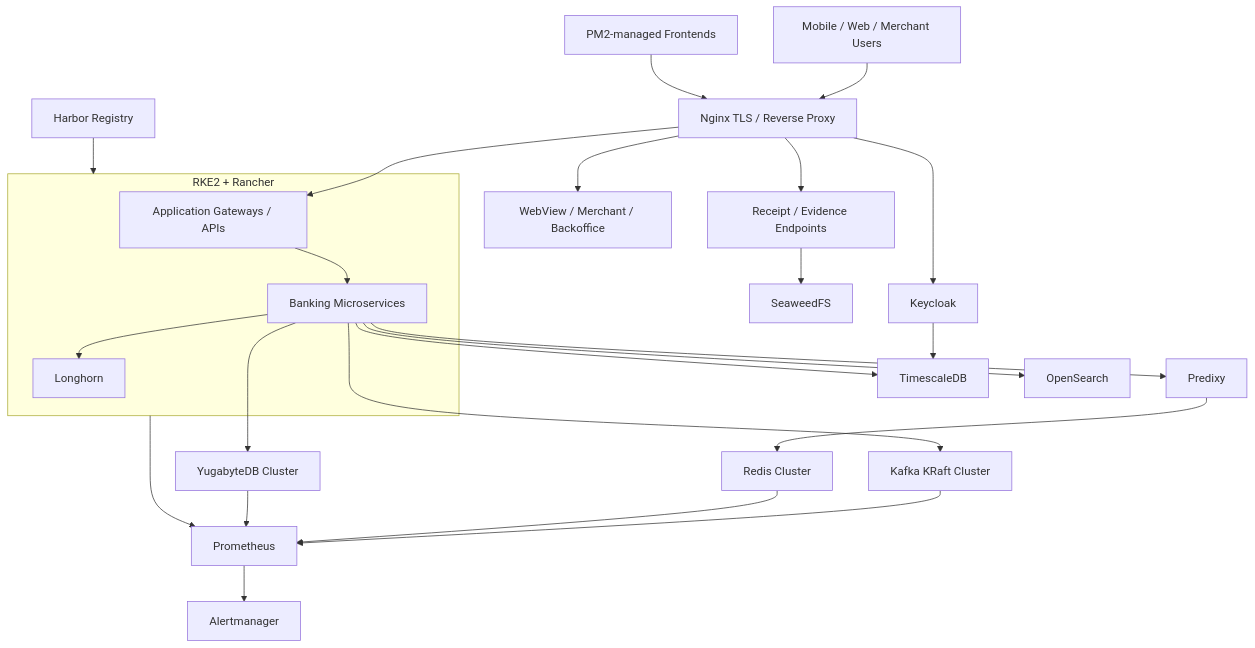
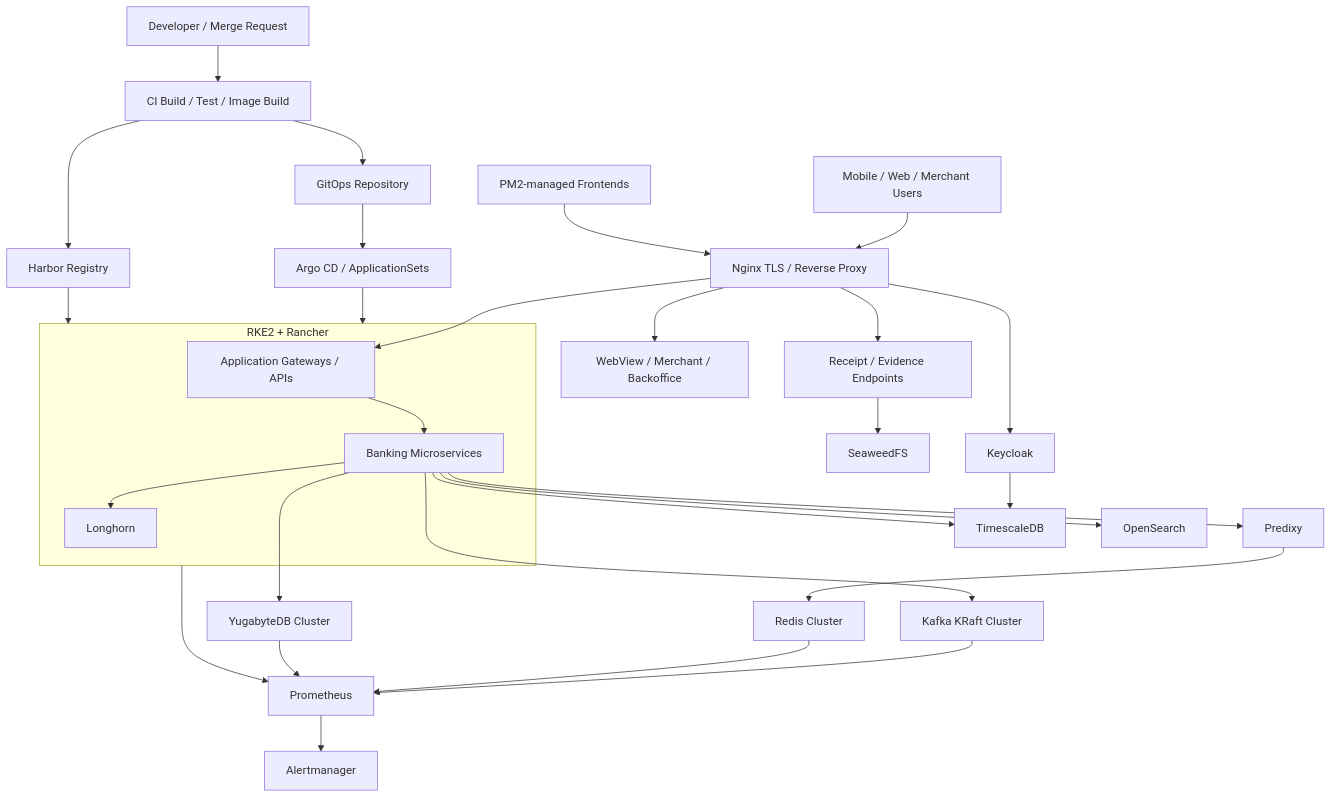
The diagram in README.md (natnaela-devops/banking-digital-platform-infrastructure), drawn with Mermaid before and after one commit. The commit also changed other lines of this file, not shown here.

Commit message:
docs: surface CI/CD and GitOps delivery architecture

````diff
--- a/README.md
+++ b/README.md
@@ -23,35 +24,41 @@
 ```mermaid
 flowchart TB
+    Dev[Developer / Merge Request] --> CI[CI Build / Test / Image Build]
+    CI --> Harbor[Harbor Registry]
+    CI --> GitOps[GitOps Repository]
+    GitOps --> Argo[Argo CD / ApplicationSets]
+    Argo --> K8s[RKE2 + Rancher]
+    Harbor --> K8s
+
     Users[Mobile / Web / Merchant Users] --> Edge[Nginx TLS / Reverse Proxy]
 
     Edge --> Gateway[Application Gateways / APIs]
     Edge --> Web[WebView / Merchant / Backoffice]
     Edge --> IAM[Keycloak]
     Edge --> Receipt[Receipt / Evidence Endpoints]
 
     subgraph K8s[RKE2 + Rancher]
       Gateway
       Apps[Banking Microservices]
       LH[Longhorn]
       Apps --> LH
     end
 
     Gateway --> Apps
-    Harbor[Harbor Registry] --> K8s
 
     Apps --> Kafka[Kafka KRaft Cluster]
     Apps --> Predixy[Predixy]
     Predixy --> Redis[Redis Cluster]
     Apps --> YB[YugabyteDB Cluster]
     Apps --> TS[TimescaleDB]
     IAM --> TS
     Receipt --> Seaweed[SeaweedFS]
     PM2[PM2-managed Frontends] --> Edge
 
     Apps --> OS[OpenSearch]
     K8s --> Prom[Prometheus]
     Kafka --> Prom
     Redis --> Prom
     YB --> Prom
     Prom --> AM[Alertmanager]
 ```
````
